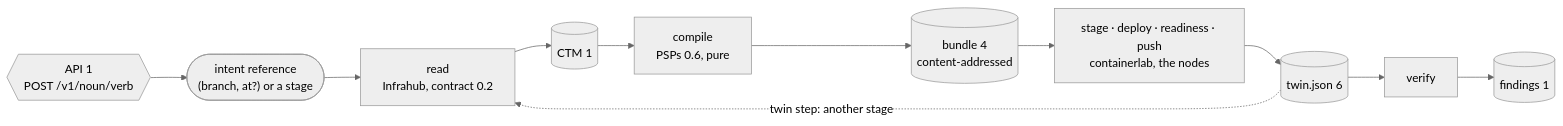
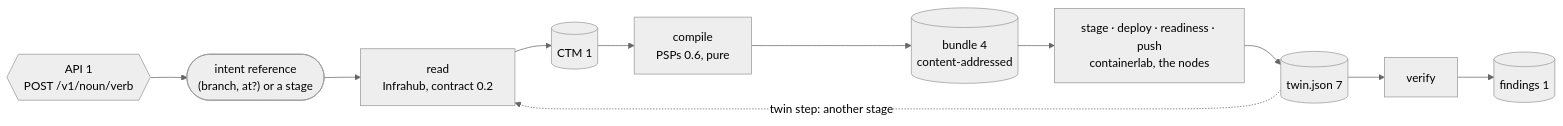
The first of 5 diagrams in docs/architecture.md (happypathnetworking/fylgja), drawn with Mermaid (neutral theme) before and after one commit. The commit also changed other lines of this file, not shown here.

````diff
--- a/docs/architecture.md
+++ b/docs/architecture.md
@@ -88,15 +95,15 @@
 ```mermaid
 flowchart LR
     api{{"API 1<br/>POST /v1/noun/verb"}}
     ref(["intent reference<br/>(branch, at?) or a stage"])
     read["read<br/>Infrahub, contract 0.2"]
     ctm[("CTM 1")]
     compile["compile<br/>PSPs 0.6, pure"]
     bundle[("bundle 4<br/>content-addressed")]
     provision["stage · deploy · readiness · push<br/>containerlab, the nodes"]
-    twin[("twin.json 6")]
+    twin[("twin.json 7")]
     verify["verify"]
     doc[("findings 1")]
     api --> ref --> read --> ctm --> compile --> bundle --> provision --> twin --> verify --> doc
     twin -. "twin step: another stage" .-> read
 ```
````
